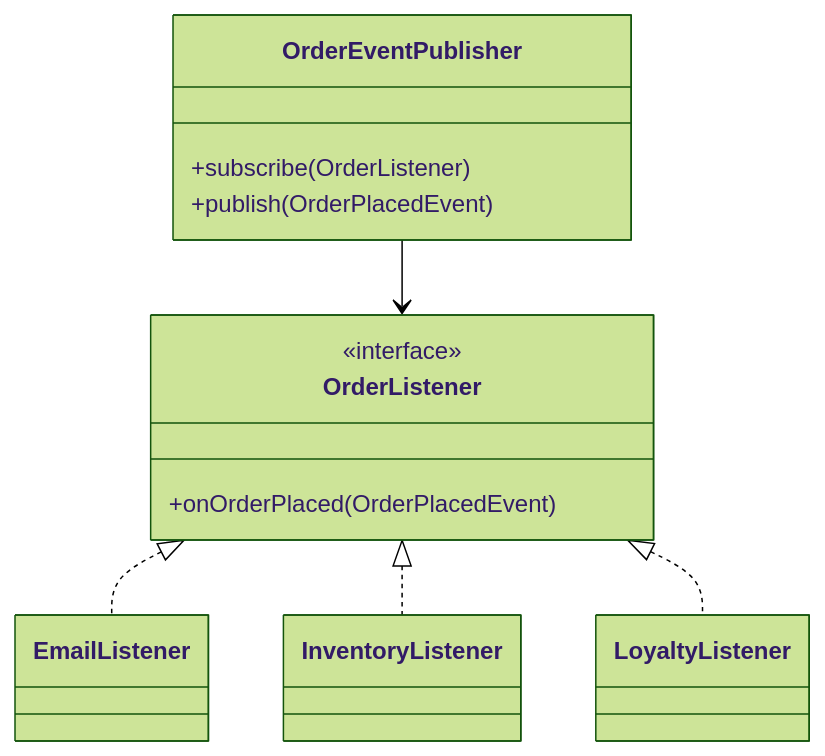
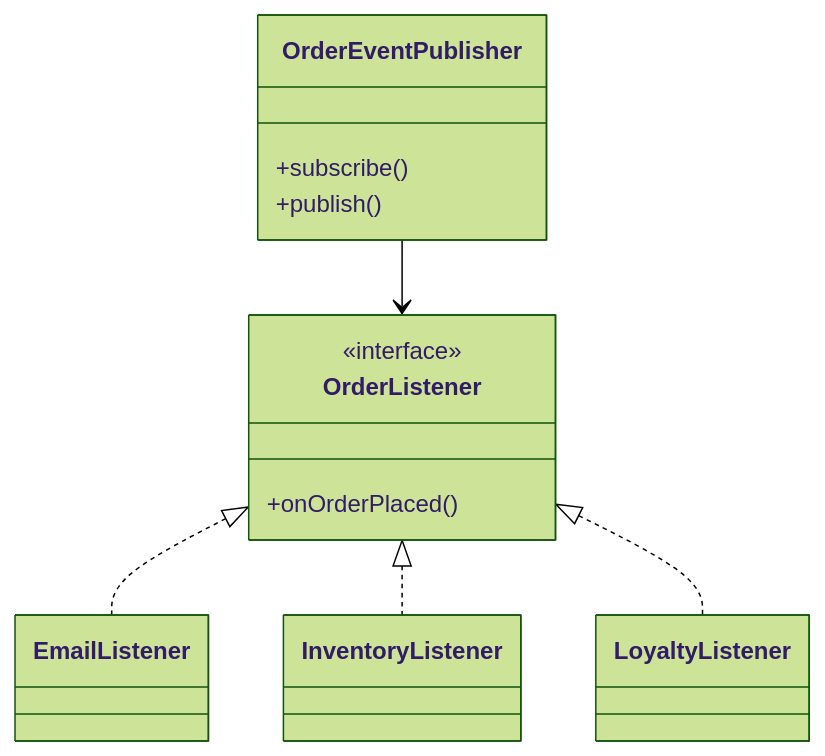
The first of 2 diagrams in _posts/2025-12-12-observer-pattern-java-order-events.md (sandeepbhardwaj/sandeepbhardwaj.github.io), drawn with Mermaid (forest theme) before and after one commit. The commit also changed 85 other files, not shown here.

Commit message:
mermaid flow chart fixes

````diff
--- a/_posts/2025-12-12-observer-pattern-java-order-events.md
+++ b/_posts/2025-12-12-observer-pattern-java-order-events.md
@@ -56,15 +56,15 @@
 ```mermaid
 classDiagram
     class OrderEventPublisher {
-      +subscribe(OrderListener)
-      +publish(OrderPlacedEvent)
+      +subscribe()
+      +publish()
     }
     class OrderListener {
       <<interface>>
-      +onOrderPlaced(OrderPlacedEvent)
+      +onOrderPlaced()
     }
     OrderEventPublisher --> OrderListener
     OrderListener <|.. EmailListener
     OrderListener <|.. InventoryListener
     OrderListener <|.. LoyaltyListener
 ```
````
